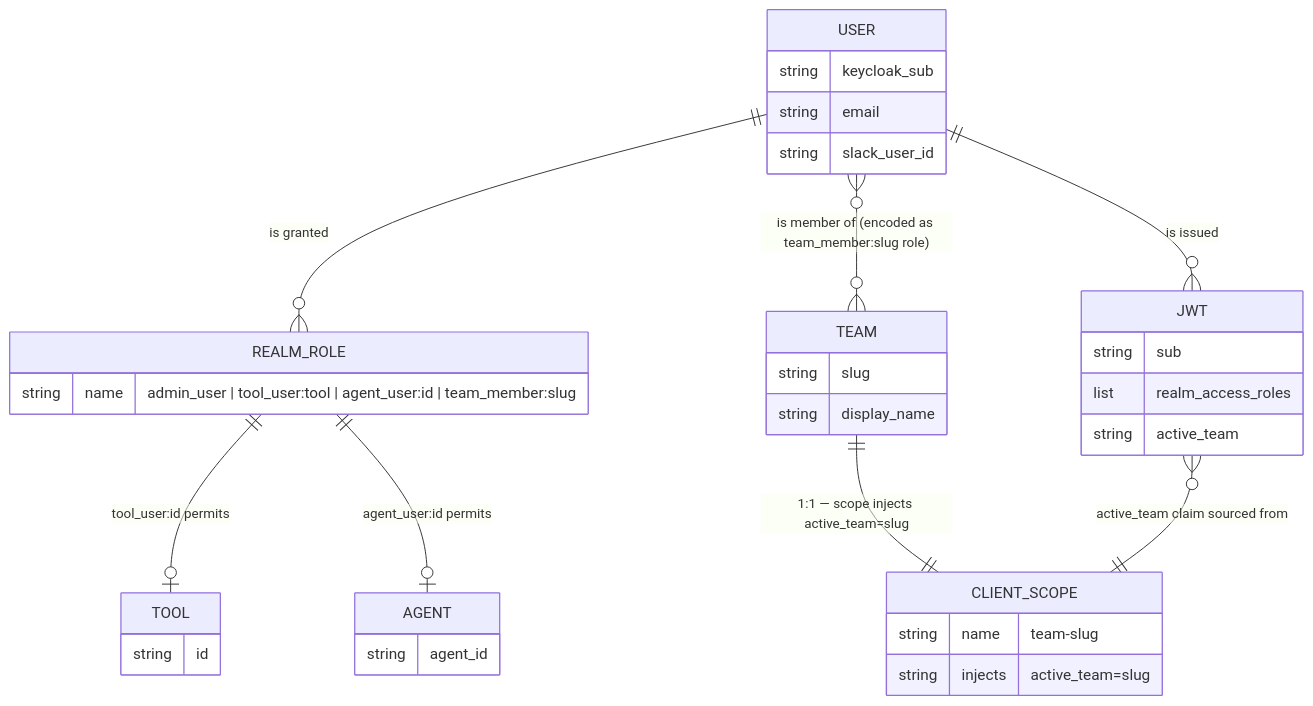
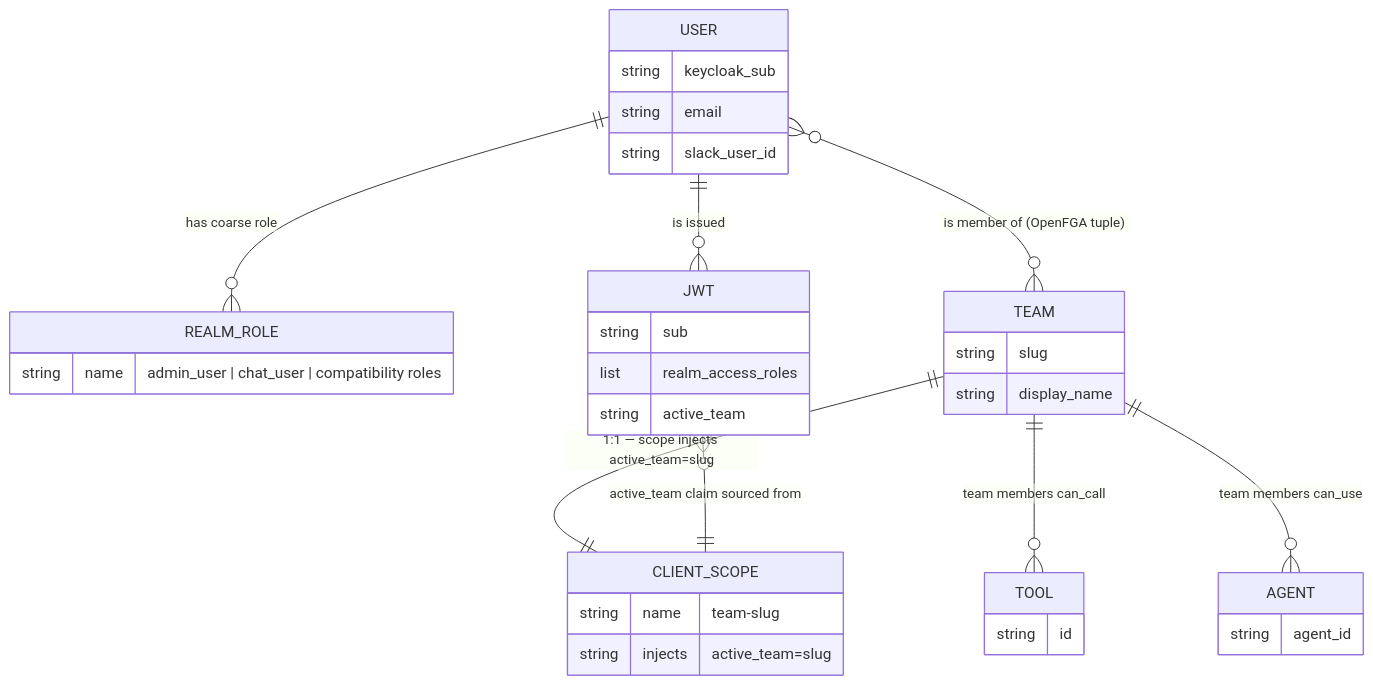
The first of 5 diagrams in docs/docs/security/rbac/roles-scopes-comparison.md (cnoe-io/ai-platform-engineering), drawn with Mermaid before and after one commit. The commit also changed other lines of this file and 98 other files, not shown here.

First line of the commit message:
feat(rbac): complete OpenFGA ReBAC migration

````diff
--- a/docs/docs/security/rbac/roles-scopes-comparison.md
+++ b/docs/docs/security/rbac/roles-scopes-comparison.md
@@ -315,36 +303,36 @@
 ```mermaid
 erDiagram
-    USER          ||--o{ REALM_ROLE   : "is granted"
-    USER          }o--o{ TEAM         : "is member of (encoded as team_member:slug role)"
+    USER          ||--o{ REALM_ROLE   : "has coarse role"
+    USER          }o--o{ TEAM         : "is member of (OpenFGA tuple)"
     TEAM          ||--|| CLIENT_SCOPE : "1:1 — scope injects active_team=slug"
 
-    REALM_ROLE    ||--o| TOOL         : "tool_user:id permits"
-    REALM_ROLE    ||--o| AGENT        : "agent_user:id permits"
+    TEAM          ||--o{ TOOL         : "team members can_call"
+    TEAM          ||--o{ AGENT        : "team members can_use"
 
     USER          ||--o{ JWT          : "is issued"
     JWT           }o--|| CLIENT_SCOPE : "active_team claim sourced from"
 
     USER {
       string keycloak_sub
       string email
       string slack_user_id
     }
     REALM_ROLE {
-      string name "admin_user | tool_user:tool | agent_user:id | team_member:slug"
+      string name "admin_user | chat_user | compatibility roles"
     }
     TEAM {
       string slug
       string display_name
     }
     CLIENT_SCOPE {
       string name "team-slug"
       string injects "active_team=slug"
     }
     TOOL  { string id }
     AGENT { string agent_id }
     JWT {
       string sub
       list   realm_access_roles
       string active_team
     }
 ```
````
